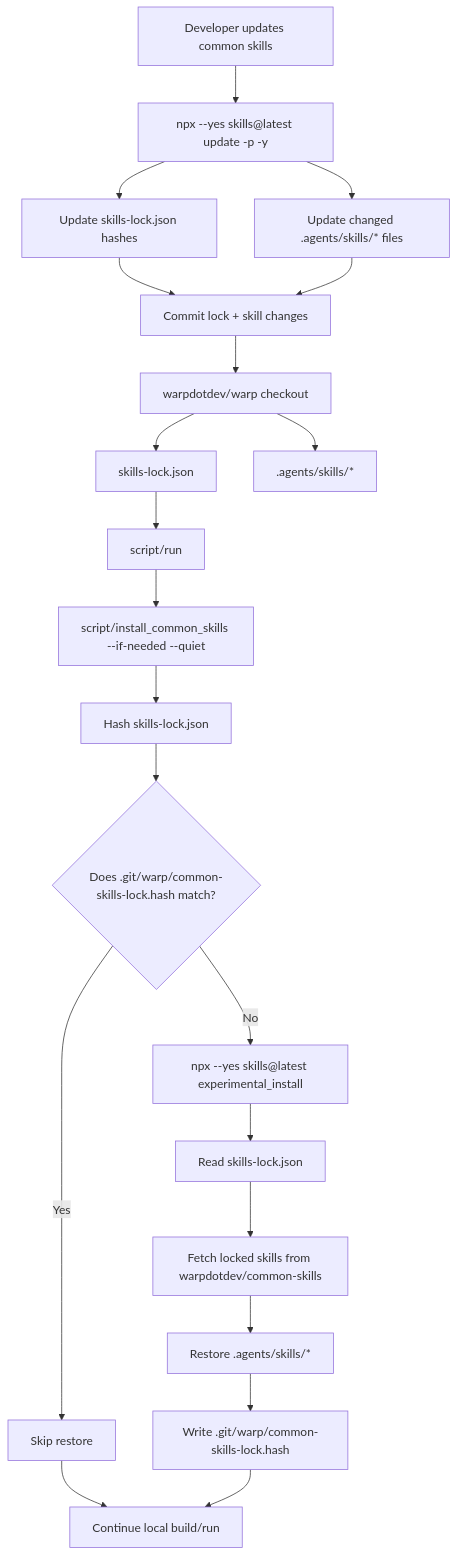
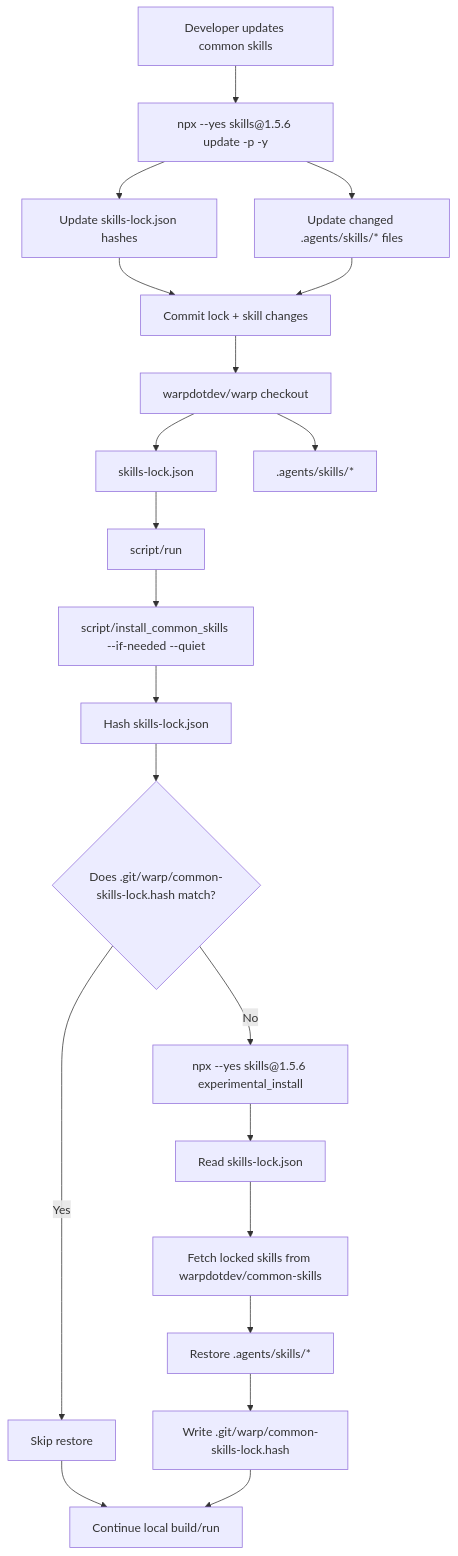
Before and after one commit to warpdotdev/Warp: the first of 2 diagrams in specs/common-skills-installation/TECH.md, drawn with Mermaid. The commit also changed other lines of this file and 3 other files, not shown here.

First line of the commit message:
Address common skills installer review feedback

````diff
--- a/specs/common-skills-installation/TECH.md
+++ b/specs/common-skills-installation/TECH.md
@@ -12,27 +12,27 @@
 ```mermaid
 flowchart TD
   A["warpdotdev/warp checkout"] --> B["skills-lock.json"]
   A --> C[".agents/skills/*"]
 
   B --> D["script/run"]
   D --> E["script/install_common_skills --if-needed --quiet"]
   E --> F["Hash skills-lock.json"]
   F --> G{"Does .git/warp/common-skills-lock.hash match?"}
 
   G -->|Yes| H["Skip restore"]
   H --> I["Continue local build/run"]
 
-  G -->|No| J["npx --yes skills@latest experimental_install"]
+  G -->|No| J["npx --yes skills@1.5.6 experimental_install"]
   J --> K["Read skills-lock.json"]
   K --> L["Fetch locked skills from warpdotdev/common-skills"]
   L --> M["Restore .agents/skills/*"]
   M --> N["Write .git/warp/common-skills-lock.hash"]
   N --> I
 
-  O["Developer updates common skills"] --> P["npx --yes skills@latest update -p -y"]
+  O["Developer updates common skills"] --> P["npx --yes skills@1.5.6 update -p -y"]
   P --> Q["Update skills-lock.json hashes"]
   P --> R["Update changed .agents/skills/* files"]
   Q --> S["Commit lock + skill changes"]
   R --> S
   S --> A
 ```
````
